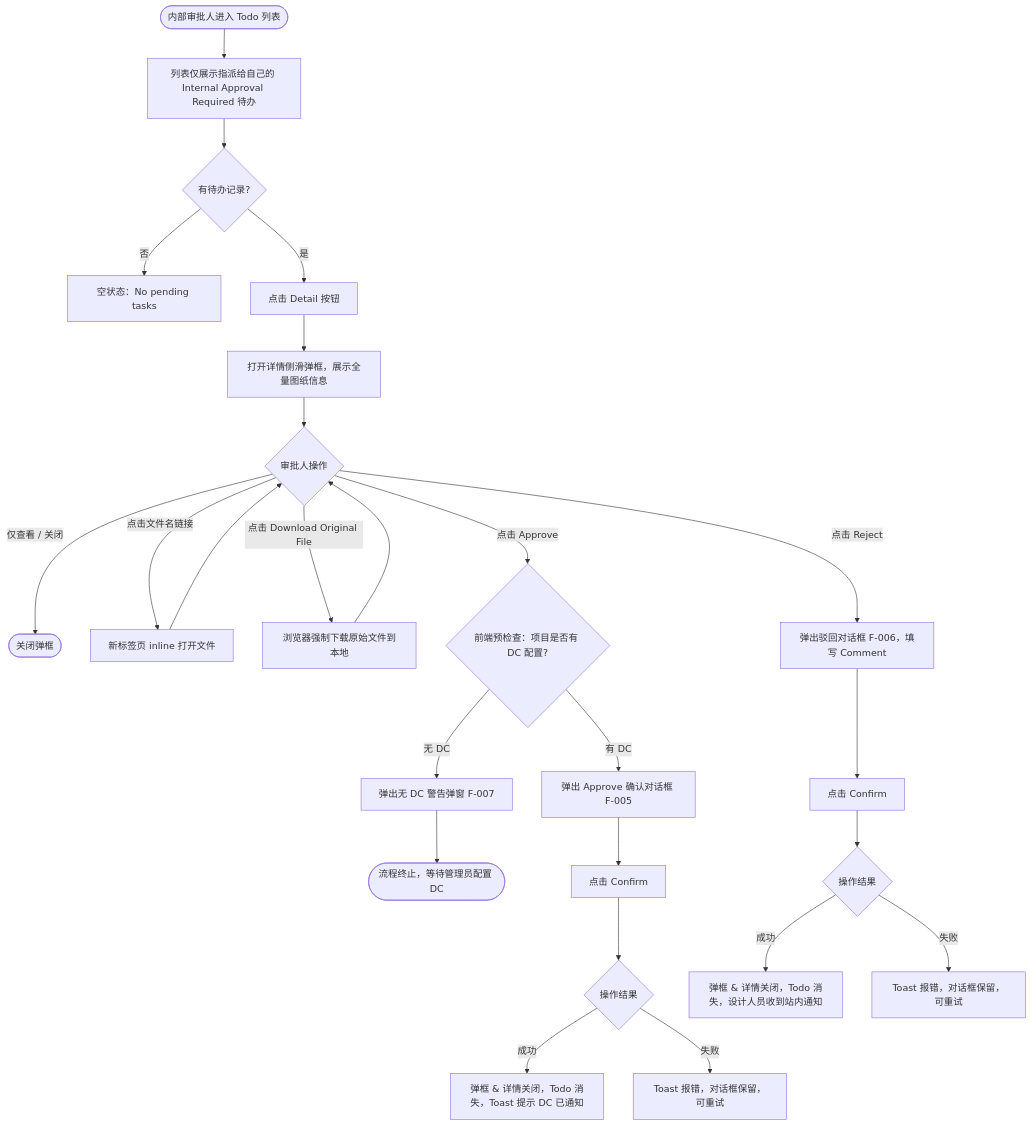
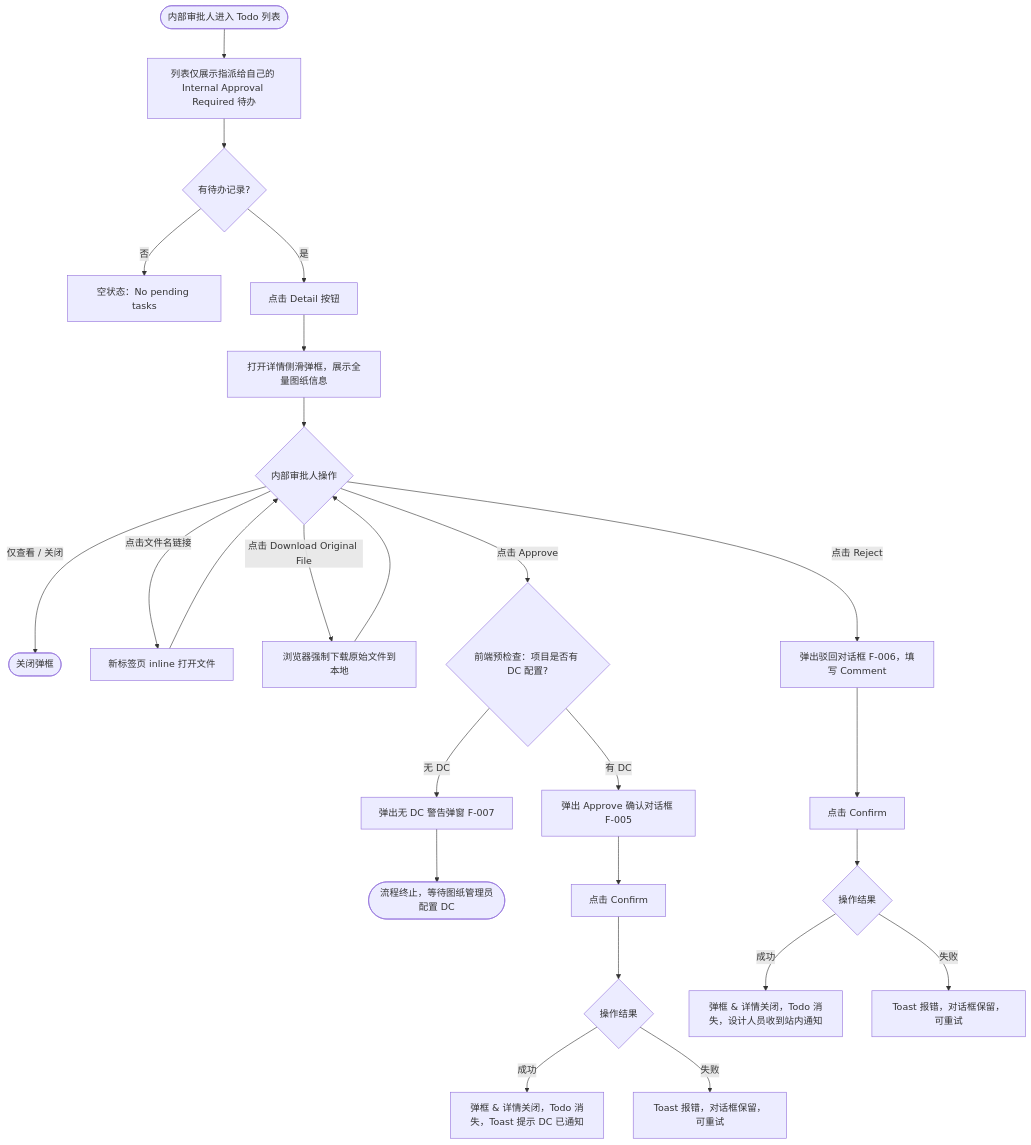
Before and after one commit to xiayingspace-hue/smart-site: the diagram in requirements/pc/REQ-007A-pc.md, drawn with Mermaid. The commit also changed other lines of this file and 20 other files, not shown here.

First line of the commit message:
refactor(requirements): 按 glossary §2 统一图纸线角色名称

````diff
--- a/requirements/pc/REQ-007A-pc.md
+++ b/requirements/pc/REQ-007A-pc.md
@@ -229,27 +229,27 @@
 ```mermaid
 flowchart TD
     A([内部审批人进入 Todo 列表]) --> B[列表仅展示指派给自己的 Internal Approval Required 待办]
     B --> C{有待办记录?}
     C -- 否 --> D[空状态：No pending tasks]
     C -- 是 --> E[点击 Detail 按钮]
     E --> F[打开详情侧滑弹框，展示全量图纸信息]
-    F --> G{审批人操作}
+    F --> G{内部审批人操作}
     G -- 仅查看 / 关闭 --> H([关闭弹框])
     G -- 点击文件名链接 --> I1[新标签页 inline 打开文件]
     I1 --> G
     G -- 点击 Download Original File --> I2[浏览器强制下载原始文件到本地]
     I2 --> G
     G -- 点击 Approve --> J{前端预检查：项目是否有 DC 配置?}
     J -- 无 DC --> K[弹出无 DC 警告弹窗 F-007]
-    K --> L([流程终止，等待管理员配置 DC])
+    K --> L([流程终止，等待图纸管理员配置 DC])
     J -- 有 DC --> M[弹出 Approve 确认对话框 F-005]
     M --> N[点击 Confirm]
     N --> O{操作结果}
     O -- 成功 --> P[弹框 & 详情关闭，Todo 消失，Toast 提示 DC 已通知]
     O -- 失败 --> Q[Toast 报错，对话框保留，可重试]
     G -- 点击 Reject --> R[弹出驳回对话框 F-006，填写 Comment]
     R --> S[点击 Confirm]
     S --> T{操作结果}
     T -- 成功 --> U[弹框 & 详情关闭，Todo 消失，设计人员收到站内通知]
     T -- 失败 --> V[Toast 报错，对话框保留，可重试]
 ```
````
